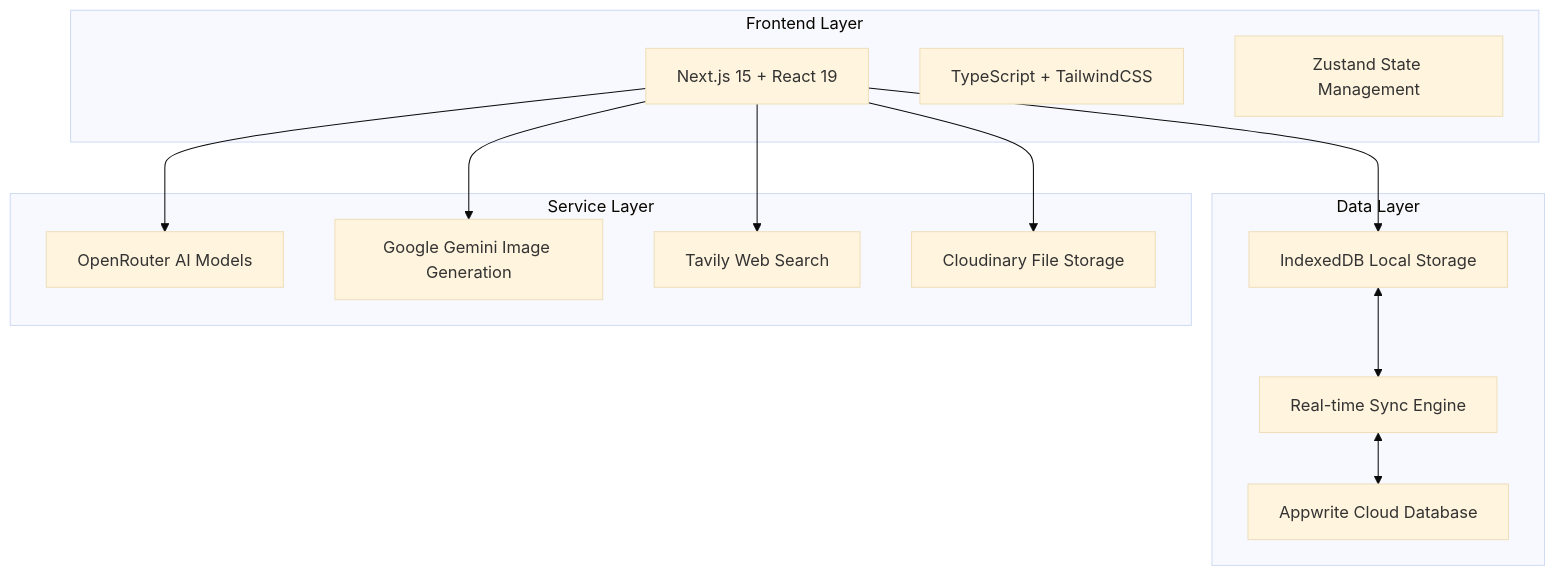
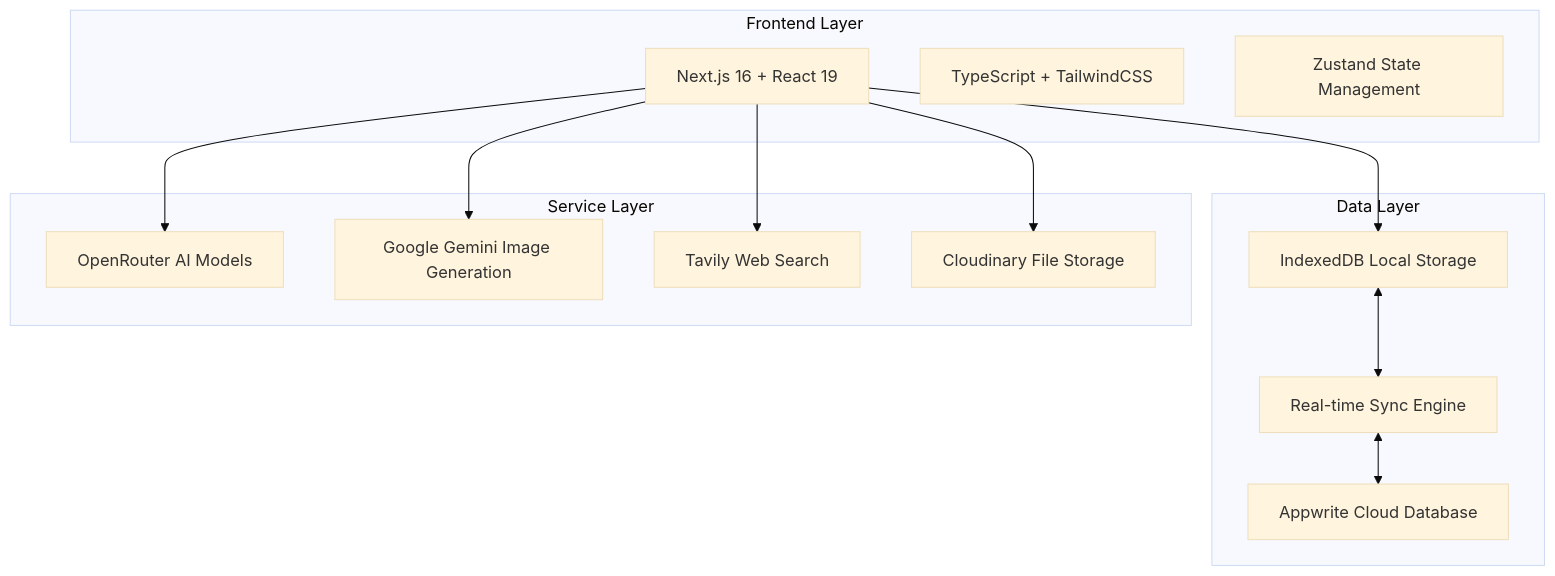
Before and after one commit to CyberBoyAyush/CappyChat: the second of 3 diagrams in README.md, drawn with Mermaid (base theme). The commit also changed other lines of this file and 4 other files, not shown here.

````diff
--- a/README.md
+++ b/README.md
@@ -304,29 +304,29 @@
 ```mermaid
 graph TB
     subgraph "Frontend Layer"
-        A[Next.js 15 + React 19]
+        A[Next.js 16 + React 19]
         B[TypeScript + TailwindCSS]
         C[Zustand State Management]
     end
 
     subgraph "Data Layer"
         D[IndexedDB Local Storage]
         E[Appwrite Cloud Database]
         F[Real-time Sync Engine]
     end
 
     subgraph "Service Layer"
         G[OpenRouter AI Models]
         H[Google Gemini Image Generation]
         I[Tavily Web Search]
         J[Cloudinary File Storage]
     end
 
     A --> D
     D <--> F
     F <--> E
     A --> G
     A --> H
     A --> I
     A --> J
 ```
````
